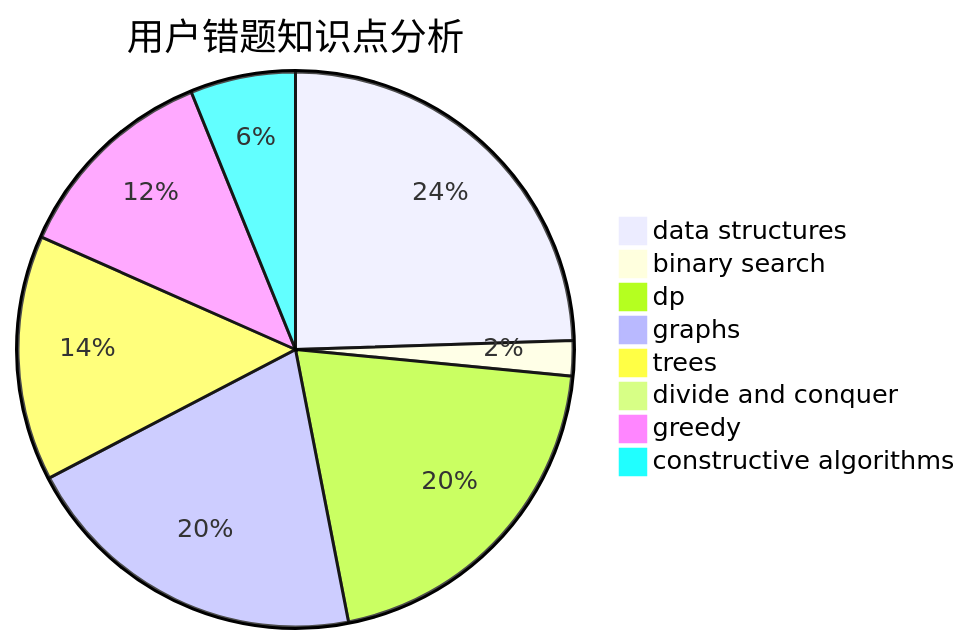
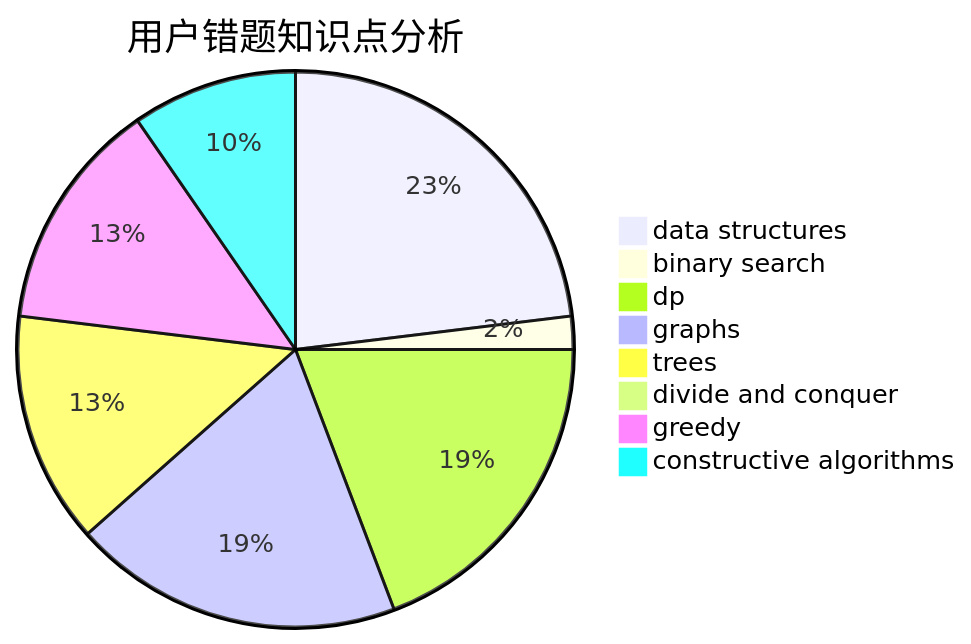
One commit to sherpahu/cfrs.github.io changed the third of 3 diagrams in docs/user/u1423.md. Above: the diagram before and after it, drawn with Mermaid. The commit also changed other lines of this file and 2770 other files, not shown here.

````diff
--- a/docs/user/u1423.md
+++ b/docs/user/u1423.md
@@ -36,11 +36,11 @@
 ```mermaid
 pie title 用户错题知识点分析
     "data structures" :  12
     "binary search" :  1
     "dp" :  10
     "graphs" :  10
     "trees" :  7
     "divide and conquer" :  0
-    "greedy" :  6
-    "constructive algorithms" :  3
+    "greedy" :  7
+    "constructive algorithms" :  5
 ```
````
